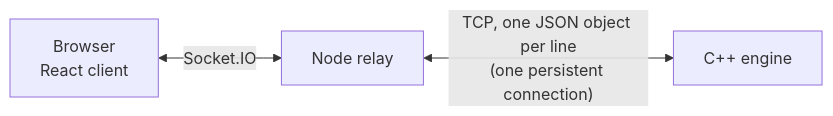
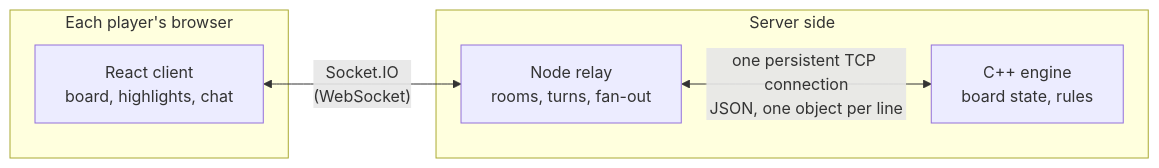
One commit to jamal474/Chess changed the first of 11 diagrams in docs/architecture.md. Above: the diagram before and after it, drawn with Mermaid. The commit also changed other lines of this file and 4 other files, not shown here.

````diff
--- a/docs/architecture.md
+++ b/docs/architecture.md
@@ -13,5 +31,12 @@
 ```mermaid
 flowchart LR
-    A[Browser<br/>React client] <-- Socket.IO --> B[Node relay]
-    B <-- "TCP, one JSON object per line<br/>(one persistent connection)" --> C[C++ engine]
+    subgraph browser["Each player's browser"]
+        C["React client<br/>board, highlights, chat"]
+    end
+    subgraph server["Server side"]
+        R["Node relay<br/>rooms, turns, fan-out"]
+        E["C++ engine<br/>board state, rules"]
+    end
+    C <-- "Socket.IO<br/>(WebSocket)" --> R
+    R <-- "one persistent TCP connection<br/>JSON, one object per line" --> E
 ```
````
